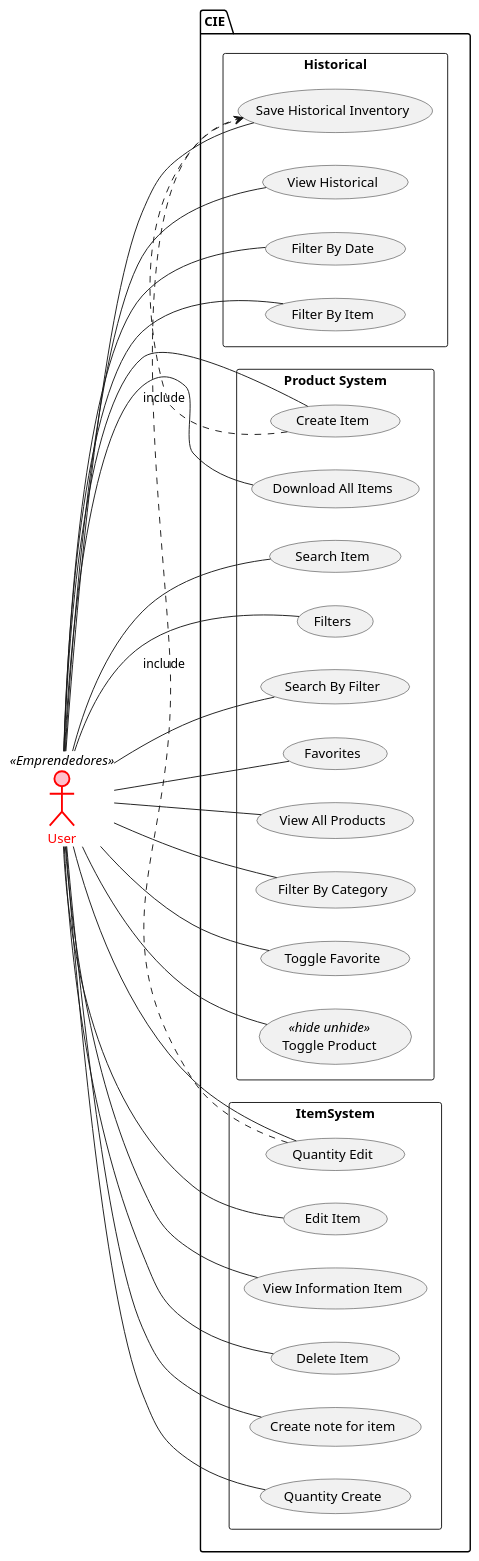
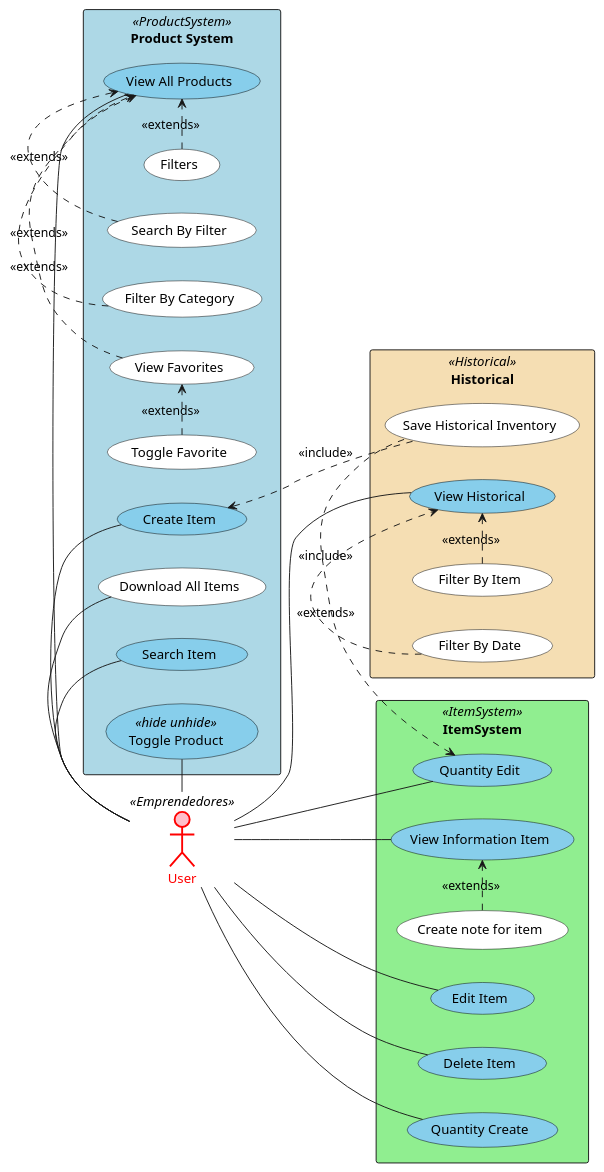
One commit to CIE-UPB/docs changed the diagram in assets/domain-model/ProductsSystem.puml. Above: the diagram before and after it, drawn with PlantUML. The commit also changed 31 other files, not shown here.

```diff
--- a/assets/domain-model/ProductsSystem.puml
+++ b/assets/domain-model/ProductsSystem.puml
@@ -1,69 +1,71 @@
-@startuml Roles
+@startuml ProductsSystem
+skinparam rectangle {
+  BackgroundColor<<Historical>> Wheat
+  BackgroundColor<<ProductSystem>> LightBlue
+  BackgroundColor<<ItemSystem>> LightGreen
+}
+skinparam usecase {
+  BackgroundColor White
+  BorderColor Black
+}
+skinparam actor {
+  BackgroundColor AntiqueWhite
+  BorderColor Black
+}
 left to right direction
+actor "User" as user <<Emprendedores>> #pink;line:red;line.bold;text:red
 
-actor "User" as user <<Emprendedores>> #pink;line:red;line.bold;text:red
-package CIE {
-    rectangle Historical {
-        usecase "Save Historical Inventory" as historial
-        usecase "View Historical" as VH
-        usecase "Filter By Date"
-        usecase "Filter By Item"
+rectangle Historical <<Historical>> {
+  usecase "Save Historical Inventory" as historial
+  usecase "View Historical" as VH #SkyBlue
+  usecase "Filter By Date" as FD
+  usecase "Filter By Item" AS FI
+  FD .> VH : <<extends>>
+  FI .> VH : <<extends>>
+}
 
-    }
+rectangle "Product System" <<ProductSystem>> {
+  usecase "Create Item" #SkyBlue
+  usecase "View All Products" as VAP #SkyBlue
+  usecase "Download All Items"
+  usecase "Search Item" #SkyBlue
+  usecase "View Favorites"
+  usecase "Filters" as FS
+  usecase "Search By Filter" as SBF
+  usecase "Filter By Category" as FBC
+  usecase "Toggle Favorite"
+  usecase "Toggle Product" <<hide unhide>> #SkyBlue
+  FS .> VAP : <<extends>>
+  SBF .> VAP : <<extends>>
+  FBC .> VAP : <<extends>>
+  (Toggle Favorite) .> (View Favorites) : <<extends>>
+  (View Favorites) .> VAP : <<extends>>
+}
 
-    rectangle "Product System" as productsSystem {
-        usecase "Create Item"
-        usecase "Download All Items"
-        usecase "Search Item"
-        usecase "Filters"
-        usecase "Search By Filter"
-        usecase "Favorites"
-        usecase "View All Products"
-        usecase "Filter By Category"
-        usecase "Toggle Favorite"
-        usecase "Toggle Product" <<hide unhide>>
-    }
+rectangle ItemSystem <<ItemSystem>> {
+  usecase "Quantity Edit" #SkyBlue
+  usecase "Edit Item" #SkyBlue
+  usecase "View Information Item" #SkyBlue
+  usecase "Delete Item" #SkyBlue
+  usecase "Create note for item"
+  usecase "Quantity Create" #SkyBlue
+}
 
-    rectangle ItemSystem {
-        usecase "Quantity Edit"
-        usecase "Edit Item"
-        usecase "View Information Item"
-        usecase "Delete Item"
-        usecase "Create note for item"
-        usecase "Quantity Create"
-        
-    }
-
-(Quantity Edit) .> (historial) : include
-(Create Item) .> (historial) : include
-user - (historial)
+(Quantity Edit) <. (historial) : <<include>>
+(Create Item) <. (historial) : <<include>>
 user - VH
-user - (Filter By Date)
-user - (Filter By Item)
 
 user - (Create Item)
 user - (Download All Items)
 user - (Search Item)
-user - (Filters)
-user - (Search By Filter)
-user - (Favorites)
-user - (View All Products)
-user - (Filter By Category)
-user - (Toggle Favorite)
+user - VAP
 user - (Toggle Product)
 
 
 user -- (Quantity Edit)
 user -- (Edit Item)
 user -- (View Information Item)
+(Create note for item) .> (View Information Item) : <<extends>>
 user -- (Delete Item)
-user -- (Create note for item)
 user -- (Quantity Create)
-
-}
-
-
-
-
-
 @enduml
```
